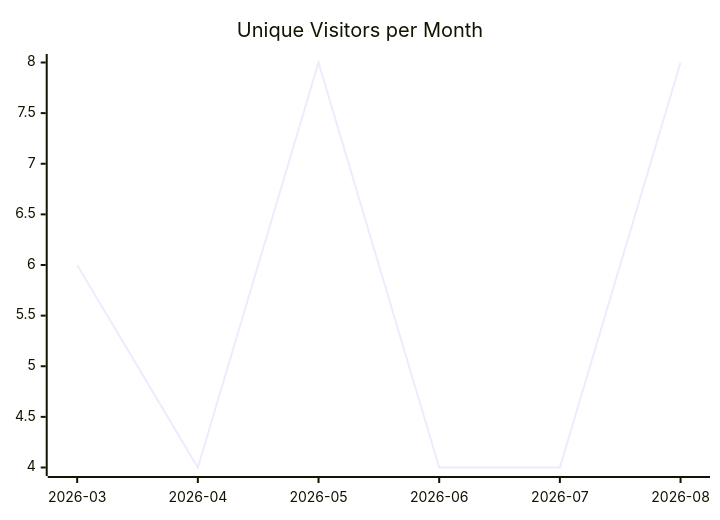
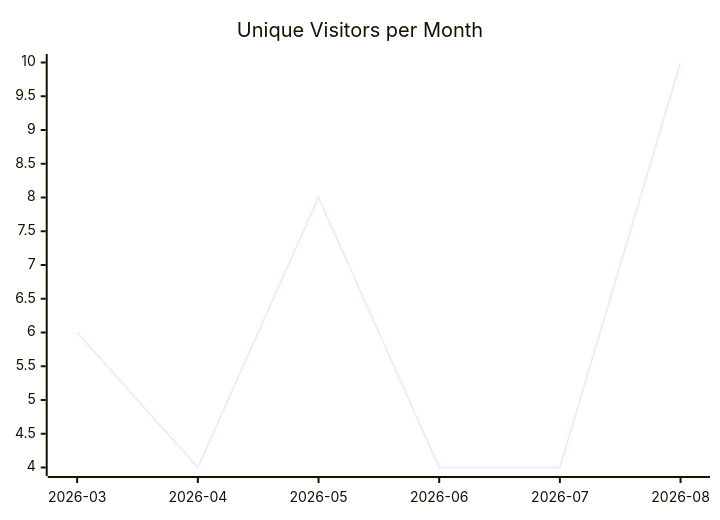
Before and after one commit to justdavis-family/github-analytics-data: the first of 3 diagrams in karlmdavis/xmlpull/README.md, drawn with Mermaid. The commit also changed other lines of this file and 171 other files, not shown here.

````diff
--- a/karlmdavis/xmlpull/README.md
+++ b/karlmdavis/xmlpull/README.md
@@ -5,6 +5,6 @@
 ```mermaid
 xychart-beta
   title "Unique Visitors per Month"
   x-axis ["2026-03", "2026-04", "2026-05", "2026-06", "2026-07", "2026-08"]
-  line [6, 4, 8, 4, 4, 8]
+  line [6, 4, 8, 4, 4, 10]
 ```
````
